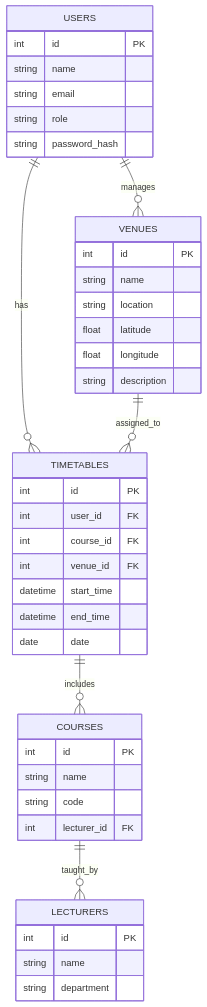
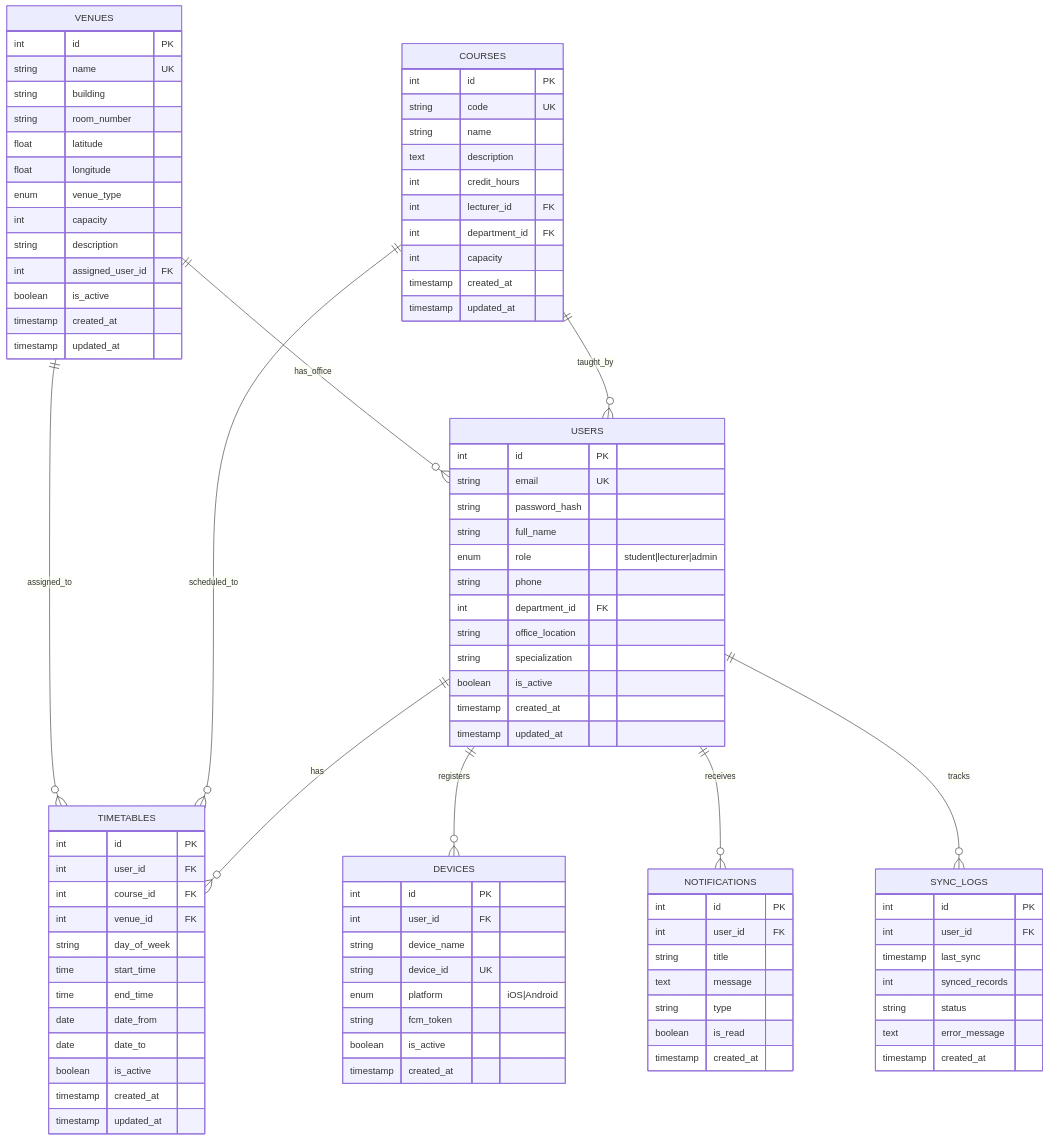
The second of 2 diagrams in README.md (revocajana/ramani), drawn with Mermaid before and after one commit. The commit also changed other lines of this file and 1 other file, not shown here.

````diff
--- a/README.md
+++ b/README.md
@@ -173,17 +307,56 @@
 ```mermaid
 erDiagram
     USERS ||--o{ TIMETABLES : has
-    USERS ||--o{ VENUES : manages
-    TIMETABLES ||--o{ COURSES : includes
+    USERS ||--o{ DEVICES : registers
+    COURSES ||--o{ TIMETABLES : scheduled_to
+    COURSES ||--o{ USERS : taught_by
     VENUES ||--o{ TIMETABLES : assigned_to
-    COURSES ||--o{ LECTURERS : taught_by
+    VENUES ||--o{ USERS : has_office
+    USERS ||--o{ NOTIFICATIONS : receives
+    USERS ||--o{ SYNC_LOGS : tracks
 
     USERS {
         int id PK
+        string email UK
+        string password_hash
+        string full_name
+        enum role "student|lecturer|admin"
+        string phone
+        int department_id FK
+        string office_location
+        string specialization
+        boolean is_active
+        timestamp created_at
+        timestamp updated_at
+    }
+
+    COURSES {
+        int id PK
+        string code UK
         string name
-        string email
-        string role
-        string password_hash
+        text description
+        int credit_hours
+        int lecturer_id FK
+        int department_id FK
+        int capacity
+        timestamp created_at
+        timestamp updated_at
+    }
+
+    VENUES {
+        int id PK
+        string name UK
+        string building
+        string room_number
+        float latitude
+        float longitude
+        enum venue_type
+        int capacity
+        string description
+        int assigned_user_id FK
+        boolean is_active
+        timestamp created_at
+        timestamp updated_at
     }
 
     TIMETABLES {
@@ -191,30 +364,44 @@
         int user_id FK
         int course_id FK
         int venue_id FK
-        datetime start_time
-        datetime end_time
-        date date
+        string day_of_week
+        time start_time
+        time end_time
+        date date_from
+        date date_to
+        boolean is_active
+        timestamp created_at
+        timestamp updated_at
     }
 
-    VENUES {
+    NOTIFICATIONS {
         int id PK
-        string name
-        string location
-        float latitude
-        float longitude
-        string description
+        int user_id FK
+        string title
+        text message
+        string type
+        boolean is_read
+        timestamp created_at
     }
 
-    COURSES {
+    DEVICES {
         int id PK
-        string name
-        string code
-        int lecturer_id FK
+        int user_id FK
+        string device_name
+        string device_id UK
+        enum platform "iOS|Android"
+        string fcm_token
+        boolean is_active
+        timestamp created_at
     }
 
-    LECTURERS {
+    SYNC_LOGS {
         int id PK
-        string name
-        string department
+        int user_id FK
+        timestamp last_sync
+        int synced_records
+        string status
+        text error_message
+        timestamp created_at
     }
 ```
````
